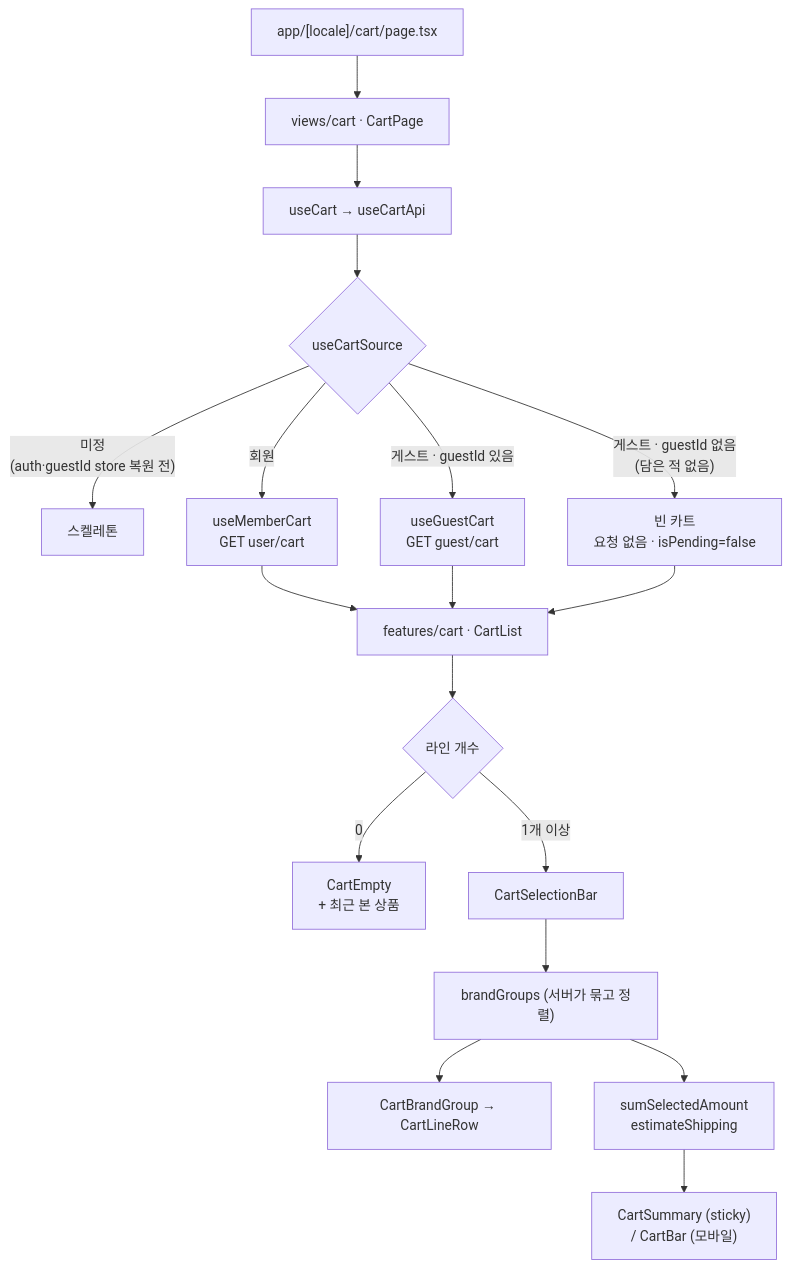
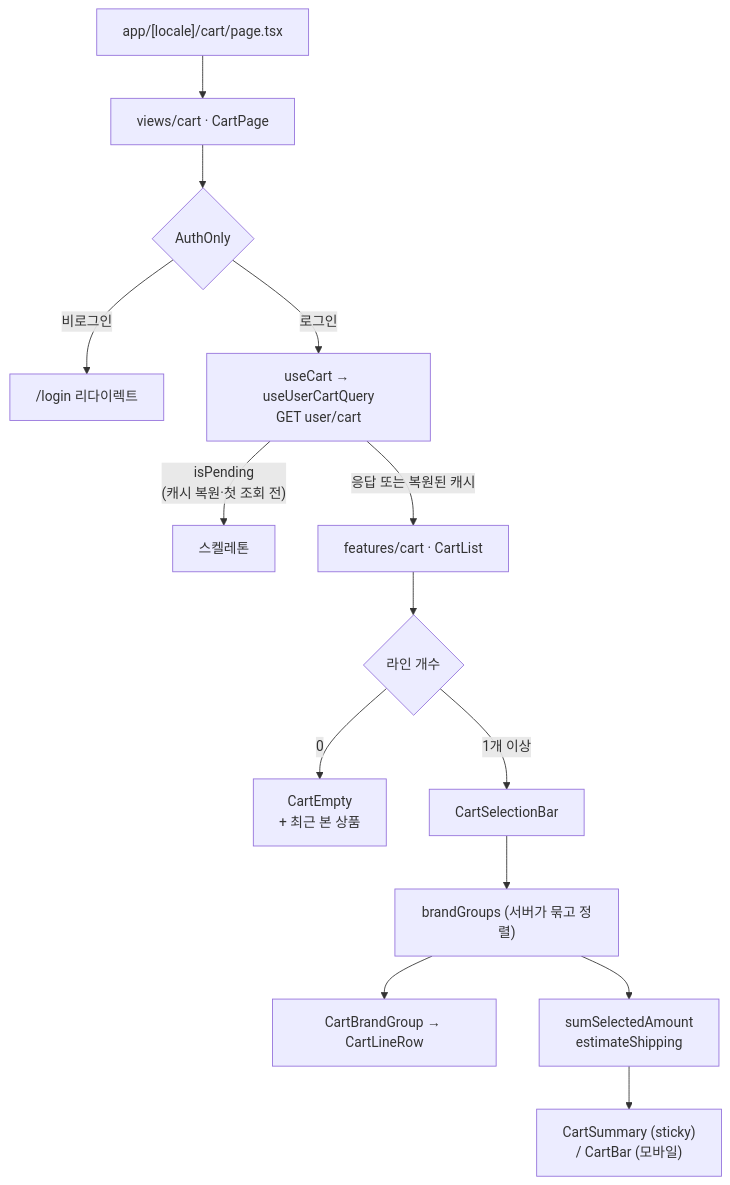
The second of 2 diagrams in apps/web/docs/cart.md (SeoulMomentTech/seoul-moment-fe), drawn with Mermaid before and after one commit. The commit also changed other lines of this file and 43 other files, not shown here.

First line of the commit message:
revert(web): revert the guest cart (#307)

````diff
--- a/apps/web/docs/cart.md
+++ b/apps/web/docs/cart.md
@@ -105,20 +85,16 @@
 ```mermaid
 flowchart TD
   A["app/[locale]/cart/page.tsx"] --> B["views/cart · CartPage"]
-  B --> C["useCart → useCartApi"]
-  C --> D{"useCartSource"}
-  D -->|"미정<br/>(auth·guestId store 복원 전)"| E["스켈레톤"]
-  D -->|"회원"| F["useMemberCart<br/>GET user/cart"]
-  D -->|"게스트 · guestId 있음"| G["useGuestCart<br/>GET guest/cart"]
-  D -->|"게스트 · guestId 없음<br/>(담은 적 없음)"| H["빈 카트<br/>요청 없음 · isPending=false"]
-  F --> I["features/cart · CartList"]
-  G --> I
-  H --> I
-  I --> J{"라인 개수"}
-  J -->|"0"| K["CartEmpty<br/>+ 최근 본 상품"]
-  J -->|"1개 이상"| L["CartSelectionBar"]
-  L --> M["brandGroups (서버가 묶고 정렬)"]
-  M --> N["CartBrandGroup → CartLineRow"]
-  M --> O["sumSelectedAmount<br/>estimateShipping"]
-  O --> P["CartSummary (sticky)<br/>/ CartBar (모바일)"]
+  B --> C{"AuthOnly"}
+  C -->|"비로그인"| D["/login 리다이렉트"]
+  C -->|"로그인"| E["useCart → useUserCartQuery<br/>GET user/cart"]
+  E -->|"isPending<br/>(캐시 복원·첫 조회 전)"| F["스켈레톤"]
+  E -->|"응답 또는 복원된 캐시"| G["features/cart · CartList"]
+  G --> H{"라인 개수"}
+  H -->|"0"| I["CartEmpty<br/>+ 최근 본 상품"]
+  H -->|"1개 이상"| J["CartSelectionBar"]
+  J --> K["brandGroups (서버가 묶고 정렬)"]
+  K --> L["CartBrandGroup → CartLineRow"]
+  K --> M["sumSelectedAmount<br/>estimateShipping"]
+  M --> N["CartSummary (sticky)<br/>/ CartBar (모바일)"]
 ```
````
